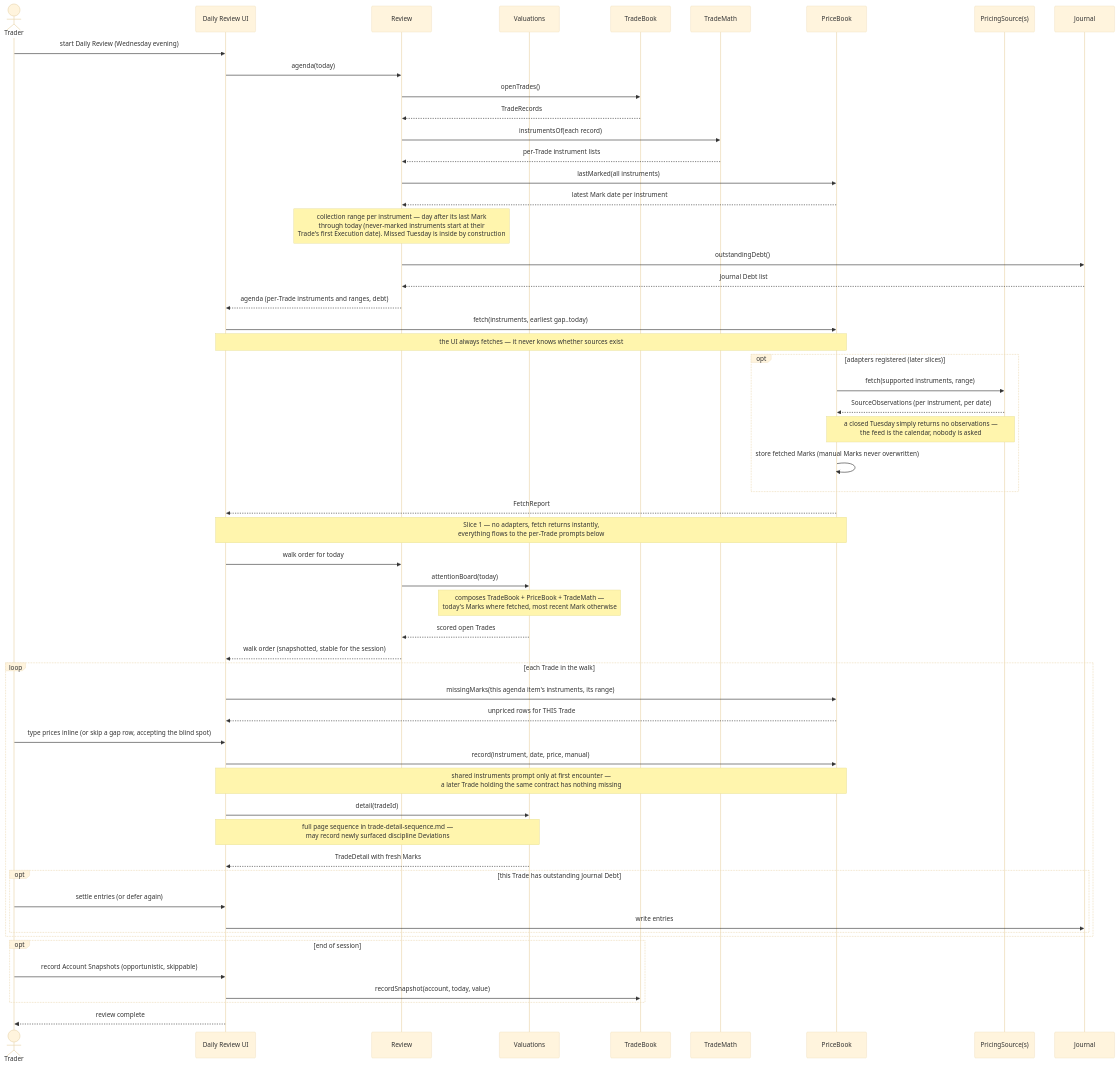
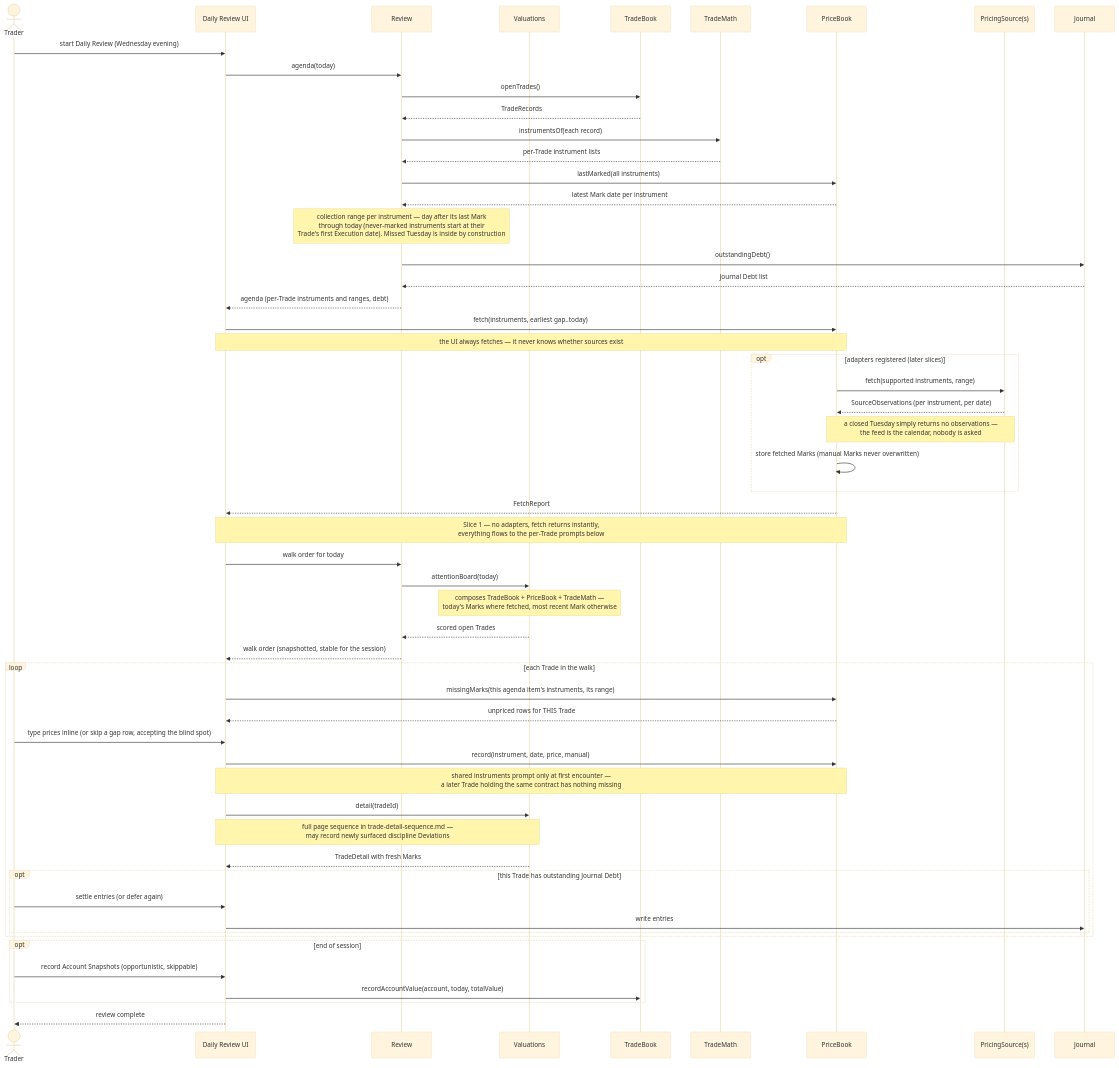
Before and after one commit to ckolbegger/trade-journal-v3: the first of 2 diagrams in docs/design/pricebook.md, drawn with Mermaid (base theme). The commit also changed 2 other files, not shown here.

Commit message:
TradeBook drill-down: 14-op interface, atomic roll, lifecycle sequence diagrams
Plan-first enforced structurally (no newTrade execution target),
corrections as edits with audit trail, roll() as the only atomic
gesture (spin-off composes with valid intermediate states),
recordAccountValue for Account Snapshots, ListRegistry generic for
trader-managed lists. Sequences: new Trade, record Execution, roll,
spin-off.

````diff
--- a/docs/design/pricebook.md
+++ b/docs/design/pricebook.md
@@ -71,63 +71,63 @@
 ```mermaid
 sequenceDiagram
     actor T as Trader
     participant UI as Daily Review UI
     participant R as Review
     participant V as Valuations
     participant TB as TradeBook
     participant TM as TradeMath
     participant PB as PriceBook
     participant PS as PricingSource(s)
     participant J as Journal
 
     T->>UI: start Daily Review (Wednesday evening)
     UI->>R: agenda(today)
     R->>TB: openTrades()
     TB-->>R: TradeRecords
     R->>TM: instrumentsOf(each record)
     TM-->>R: per-Trade instrument lists
     R->>PB: lastMarked(all instruments)
     PB-->>R: latest Mark date per instrument
     Note over R: collection range per instrument — day after its last Mark<br/>through today (never-marked instruments start at their<br/>Trade's first Execution date). Missed Tuesday is inside by construction
     R->>J: outstandingDebt()
     J-->>R: Journal Debt list
     R-->>UI: agenda (per-Trade instruments and ranges, debt)
 
     UI->>PB: fetch(instruments, earliest gap..today)
     Note over UI,PB: the UI always fetches — it never knows whether sources exist
     opt adapters registered (later slices)
         PB->>PS: fetch(supported instruments, range)
         PS-->>PB: SourceObservations (per instrument, per date)
         Note over PB,PS: a closed Tuesday simply returns no observations —<br/>the feed is the calendar, nobody is asked
         PB->>PB: store fetched Marks (manual Marks never overwritten)
     end
     PB-->>UI: FetchReport
     Note over UI,PB: Slice 1 — no adapters, fetch returns instantly,<br/>everything flows to the per-Trade prompts below
 
     UI->>R: walk order for today
     R->>V: attentionBoard(today)
     Note over V: composes TradeBook + PriceBook + TradeMath —<br/>today's Marks where fetched, most recent Mark otherwise
     V-->>R: scored open Trades
     R-->>UI: walk order (snapshotted, stable for the session)
 
     loop each Trade in the walk
         UI->>PB: missingMarks(this agenda item's instruments, its range)
         PB-->>UI: unpriced rows for THIS Trade
         T->>UI: type prices inline (or skip a gap row, accepting the blind spot)
         UI->>PB: record(instrument, date, price, manual)
         Note over UI,PB: shared instruments prompt only at first encounter —<br/>a later Trade holding the same contract has nothing missing
         UI->>V: detail(tradeId)
         Note over UI,V: full page sequence in trade-detail-sequence.md —<br/>may record newly surfaced discipline Deviations
         V-->>UI: TradeDetail with fresh Marks
         opt this Trade has outstanding Journal Debt
             T->>UI: settle entries (or defer again)
             UI->>J: write entries
         end
     end
 
     opt end of session
         T->>UI: record Account Snapshots (opportunistic, skippable)
-        UI->>TB: recordSnapshot(account, today, value)
+        UI->>TB: recordAccountValue(account, today, totalValue)
     end
     UI-->>T: review complete
 ```
````
